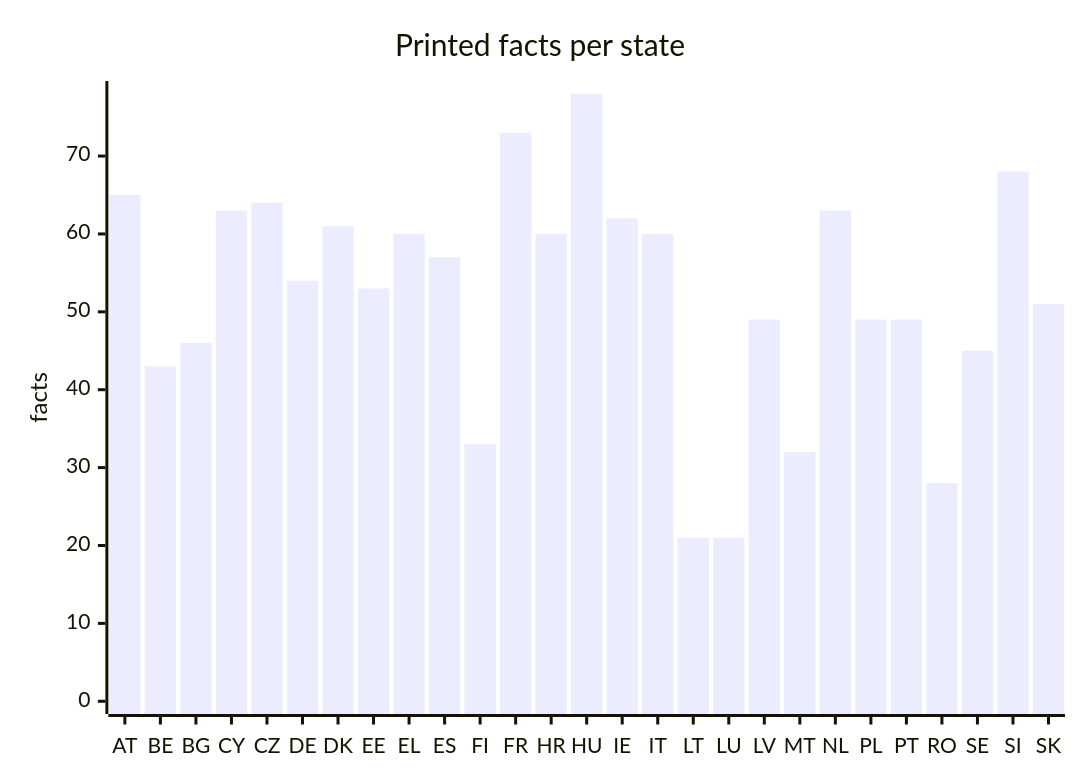
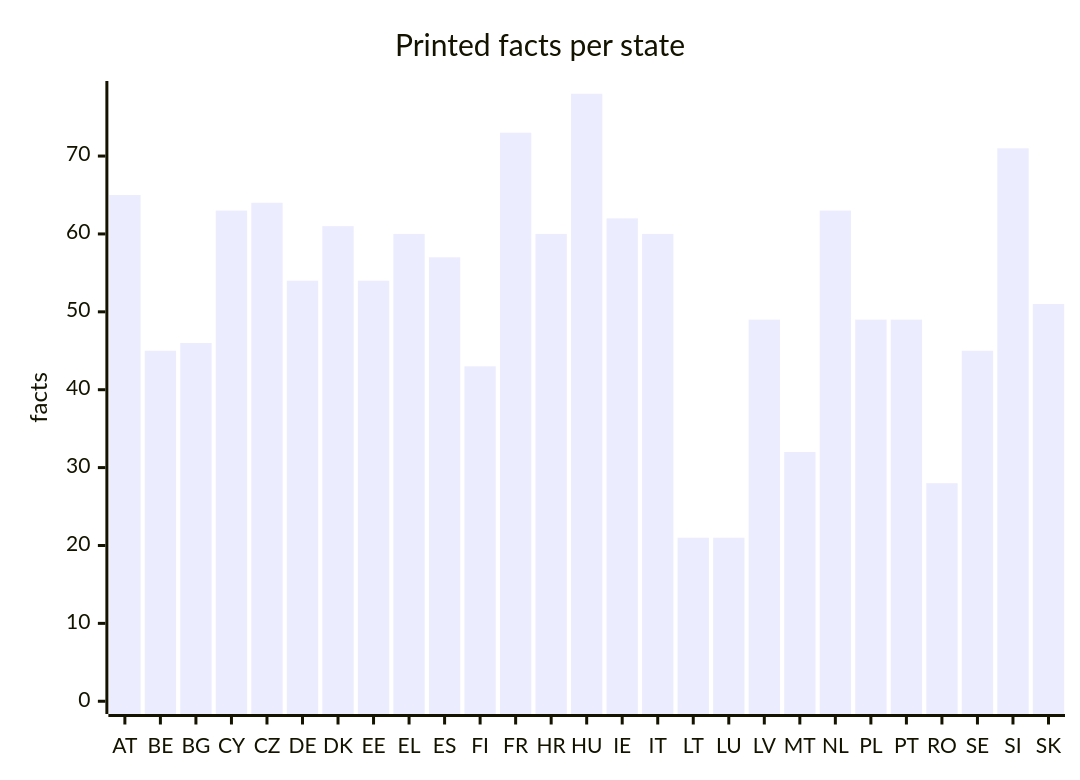
The fourth of 5 diagrams in docs/evidence.md (EU27-data-sovereignty/eu27-data-sovereignty), drawn with Mermaid before and after one commit. The commit also changed other lines of this file and 61 other files, not shown here.

````diff
--- a/docs/evidence.md
+++ b/docs/evidence.md
@@ -85,7 +85,7 @@
 ```mermaid
 xychart-beta
   title "Printed facts per state"
   x-axis [AT, BE, BG, CY, CZ, DE, DK, EE, EL, ES, FI, FR, HR, HU, IE, IT, LT, LU, LV, MT, NL, PL, PT, RO, SE, SI, SK]
   y-axis "facts" 0 --> 78
-  bar [65, 43, 46, 63, 64, 54, 61, 53, 60, 57, 33, 73, 60, 78, 62, 60, 21, 21, 49, 32, 63, 49, 49, 28, 45, 68, 51]
+  bar [65, 45, 46, 63, 64, 54, 61, 54, 60, 57, 43, 73, 60, 78, 62, 60, 21, 21, 49, 32, 63, 49, 49, 28, 45, 71, 51]
 ```
````
